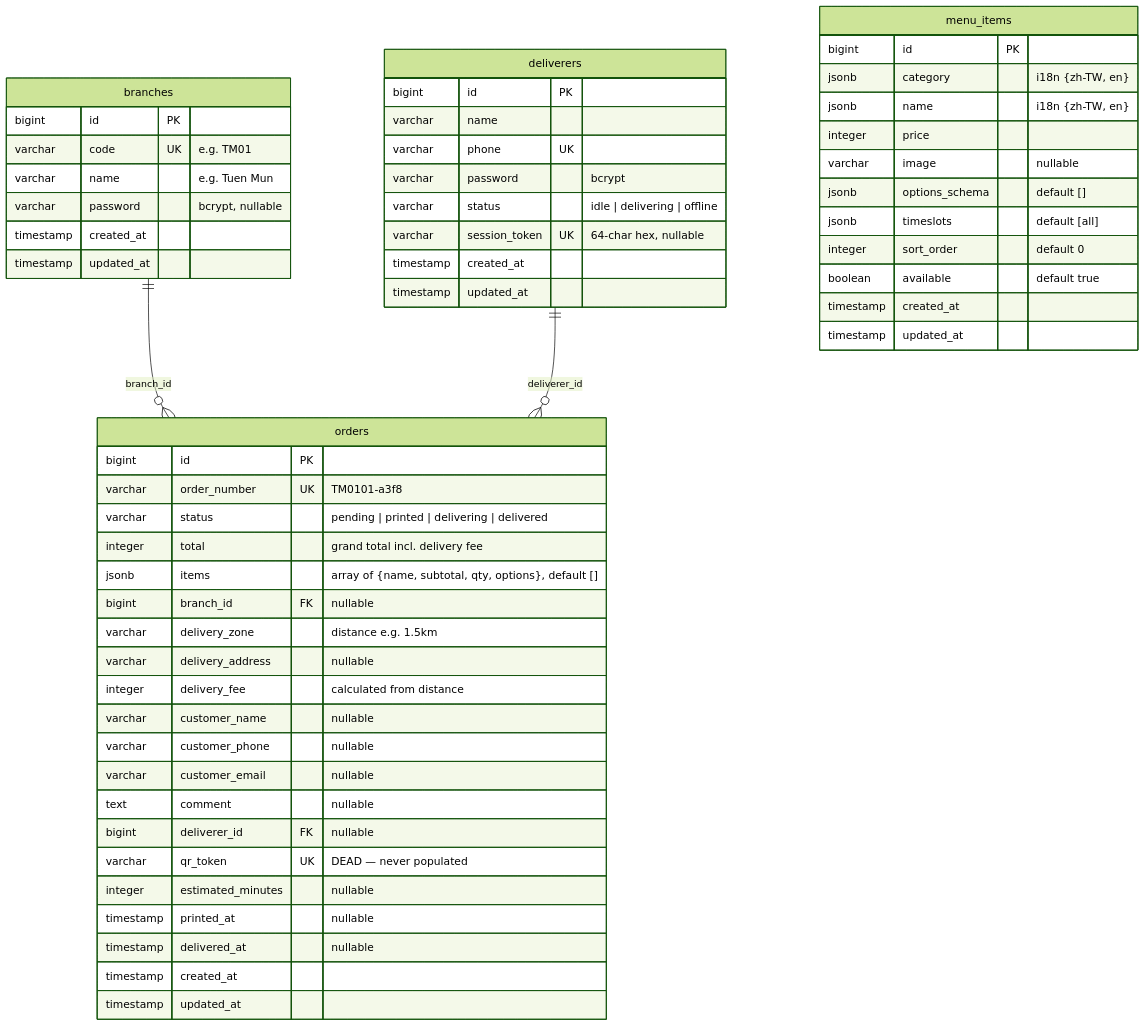
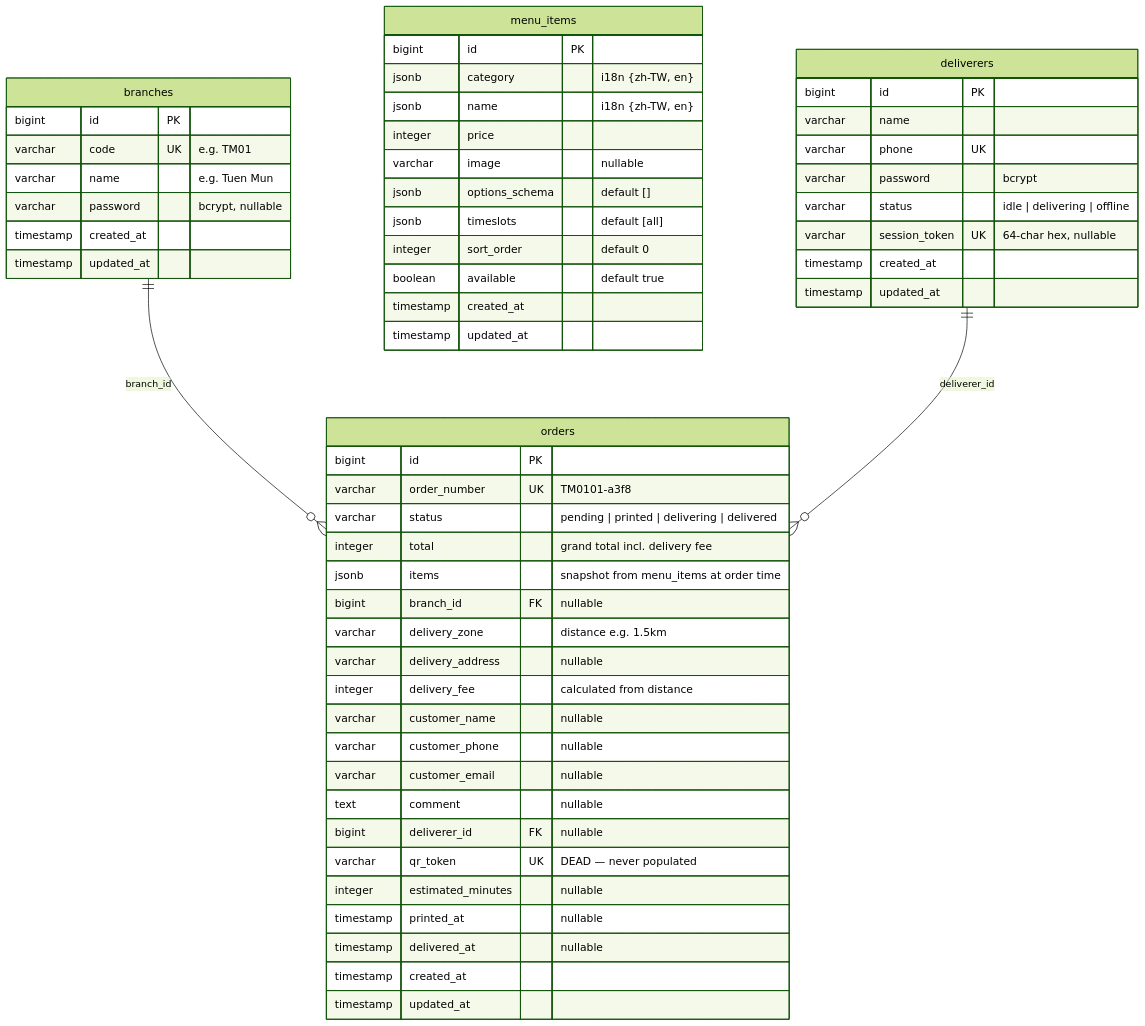
The first of 4 diagrams in frontend/pages/restaurant/ERD.md (HKPooPoo/My_CLI_Re), drawn with Mermaid (forest theme) before and after one commit. The commit also changed other lines of this file, not shown here.

First line of the commit message:
Update ERD: menu_items as active dynamic menu system

````diff
--- a/frontend/pages/restaurant/ERD.md
+++ b/frontend/pages/restaurant/ERD.md
@@ -11,65 +11,62 @@
 ```mermaid
 erDiagram
     branches {
         bigint id PK
         varchar code UK "e.g. TM01"
         varchar name "e.g. Tuen Mun"
         varchar password "bcrypt, nullable"
+        timestamp created_at
+        timestamp updated_at
+    }
+
+    menu_items {
+        bigint id PK
+        jsonb category "i18n {zh-TW, en}"
+        jsonb name "i18n {zh-TW, en}"
+        integer price
+        varchar image "nullable"
+        jsonb options_schema "default []"
+        jsonb timeslots "default [all]"
+        integer sort_order "default 0"
+        boolean available "default true"
         timestamp created_at
         timestamp updated_at
     }
 
     deliverers {
         bigint id PK
         varchar name
         varchar phone UK
         varchar password "bcrypt"
         varchar status "idle | delivering | offline"
         varchar session_token UK "64-char hex, nullable"
         timestamp created_at
         timestamp updated_at
     }
 
     orders {
         bigint id PK
         varchar order_number UK "TM0101-a3f8"
         varchar status "pending | printed | delivering | delivered"
         integer total "grand total incl. delivery fee"
-        jsonb items "array of {name, subtotal, qty, options}, default []"
+        jsonb items "snapshot from menu_items at order time"
         bigint branch_id FK "nullable"
         varchar delivery_zone "distance e.g. 1.5km"
         varchar delivery_address "nullable"
         integer delivery_fee "calculated from distance"
         varchar customer_name "nullable"
         varchar customer_phone "nullable"
         varchar customer_email "nullable"
         text comment "nullable"
         bigint deliverer_id FK "nullable"
         varchar qr_token UK "DEAD — never populated"
         integer estimated_minutes "nullable"
         timestamp printed_at "nullable"
         timestamp delivered_at "nullable"
         timestamp created_at
         timestamp updated_at
     }
 
     branches ||--o{ orders : "branch_id"
     deliverers ||--o{ orders : "deliverer_id"
-
-    menu_items {
-        bigint id PK
-        jsonb category "i18n {zh-TW, en}"
-        jsonb name "i18n {zh-TW, en}"
-        integer price
-        varchar image "nullable"
-        jsonb options_schema "default []"
-        jsonb timeslots "default [all]"
-        integer sort_order "default 0"
-        boolean available "default true"
-        timestamp created_at
-        timestamp updated_at
-    }
-
-    %% order_items and restaurant_sessions do NOT exist in DB
-    %% (migrations never ran or tables were dropped)
 ```
````
